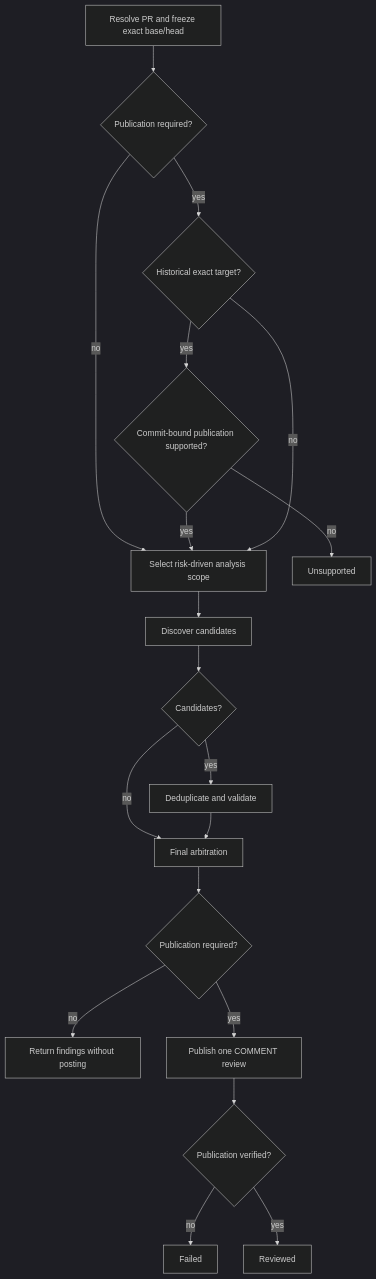
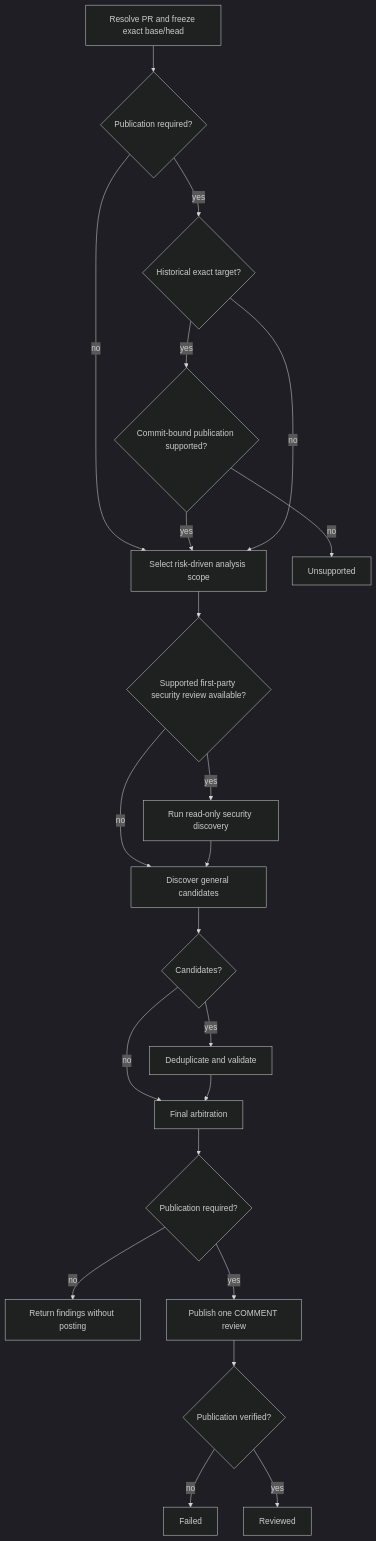
Before and after one commit to dceoy/pr-loop: the diagram in skills/pr-review/SKILL.md, drawn with Mermaid (dark theme). The commit also changed other lines of this file and 3 other files, not shown here.

First line of the commit message:
Use first-party security review from pr-review (#30)

````diff
--- a/skills/pr-review/SKILL.md
+++ b/skills/pr-review/SKILL.md
@@ -37,21 +82,24 @@
 ```mermaid
 flowchart TD
   A[Resolve PR and freeze exact base/head] --> B{Publication required?}
   B -->|no| D[Select risk-driven analysis scope]
   B -->|yes| C{Historical exact target?}
   C -->|yes| P{Commit-bound publication supported?}
   P -->|no| U[Unsupported]
   P -->|yes| D
   C -->|no| D
-  D --> E[Discover candidates]
+  D --> S{Supported first-party security review available?}
+  S -->|yes| T[Run read-only security discovery]
+  S -->|no| E[Discover general candidates]
+  T --> E
   E --> F{Candidates?}
   F -->|yes| G[Deduplicate and validate]
   F -->|no| H[Clean arbitration]
   G --> H[Final arbitration]
   H --> I{Publication required?}
   I -->|no| R[Return findings without posting]
   I -->|yes| J[Publish one COMMENT review]
   J --> K{Publication verified?}
   K -->|no| X[Failed]
   K -->|yes| Z[Reviewed]
 ```
````
